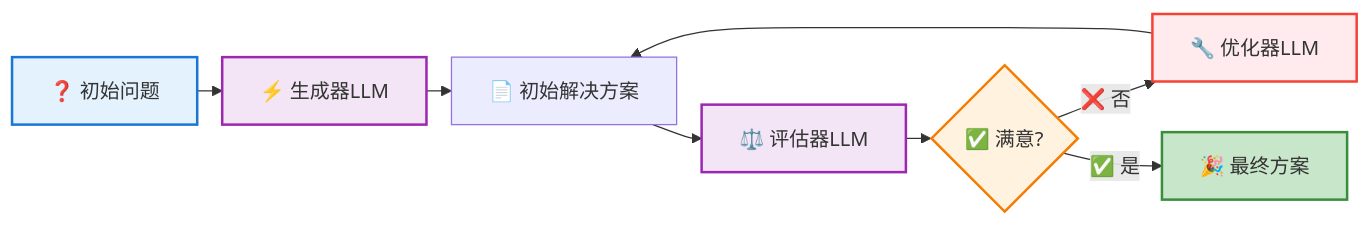
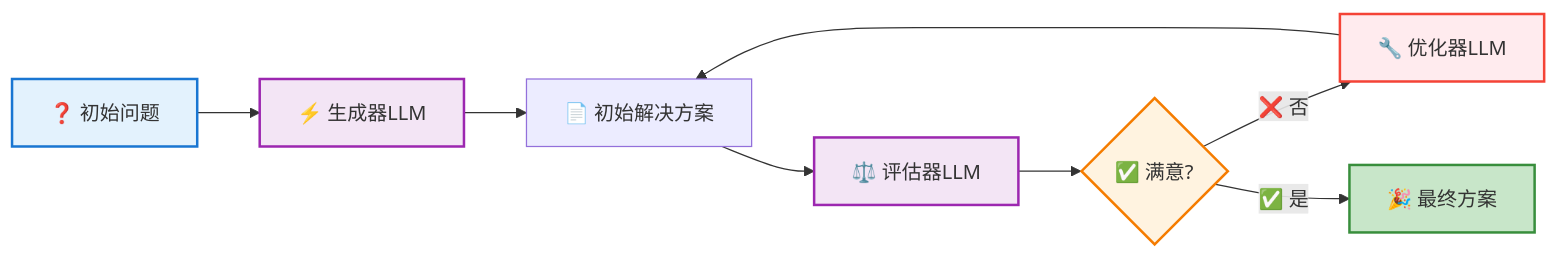
Before and after one commit to yxzf/claude-code-guide: the seventh of 8 diagrams in agent/AI_Agent_完整入门指南.md, drawn with Mermaid. The commit also changed other lines of this file, not shown here.

First line of the commit message:
使用HTML div容器缩小图表尺寸

````diff
--- a/agent/AI_Agent_完整入门指南.md
+++ b/agent/AI_Agent_完整入门指南.md
@@ -366,18 +383,17 @@
 ```mermaid
-%%{init: {'flowchart': {'nodeSpacing': 15, 'rankSpacing': 20}}}%%
 graph LR
     A[❓ 初始问题] --> B[⚡ 生成器LLM]
     B --> C[📄 初始解决方案]
     C --> D[⚖️ 评估器LLM]
     D --> E{✅ 满意?}
     E -->|❌ 否| F[🔧 优化器LLM]
     F --> C
     E -->|✅ 是| G[🎉 最终方案]
     
     style A fill:#e3f2fd,stroke:#1976d2,stroke-width:2px
     style E fill:#fff3e0,stroke:#f57c00,stroke-width:2px
     style G fill:#c8e6c9,stroke:#388e3c,stroke-width:2px
     style B fill:#f3e5f5,stroke:#9c27b0,stroke-width:2px
     style D fill:#f3e5f5,stroke:#9c27b0,stroke-width:2px
     style F fill:#ffebee,stroke:#f44336,stroke-width:2px
 ```
````
